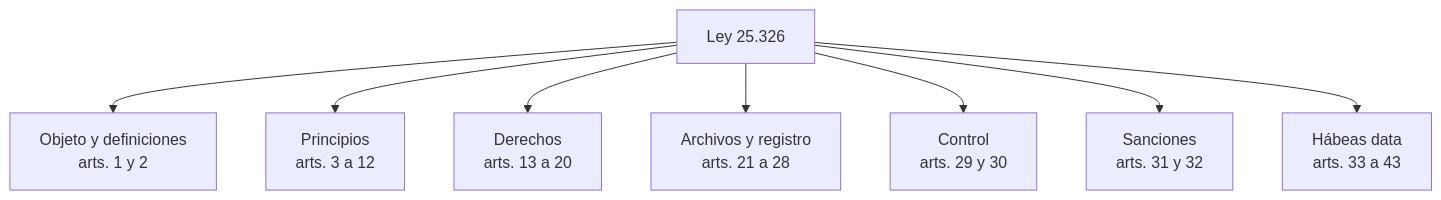
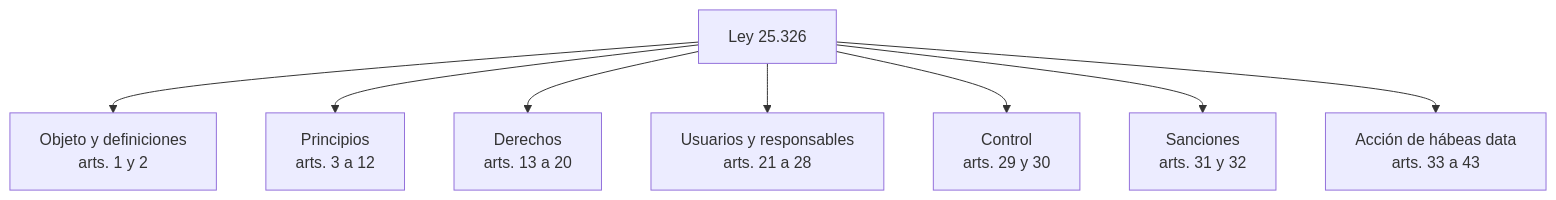
One commit to unlam-informatica/unlam-informatica.github.io changed the first of 2 diagrams in src/content/docs/bbdd-aplicadas/unidad-6/teoria/ley-25326.md. Above: the diagram before and after it, drawn with Mermaid. The commit also changed other lines of this file and 100 other files, not shown here.

````diff
--- a/src/content/docs/bbdd-aplicadas/unidad-6/teoria/ley-25326.md
+++ b/src/content/docs/bbdd-aplicadas/unidad-6/teoria/ley-25326.md
@@ -13,11 +20,11 @@
 ```mermaid
 flowchart TB
     L[Ley 25.326]
     L --> O[Objeto y definiciones<br/>arts. 1 y 2]
     L --> P[Principios<br/>arts. 3 a 12]
     L --> D[Derechos<br/>arts. 13 a 20]
-    L --> R[Archivos y registro<br/>arts. 21 a 28]
+    L --> U[Usuarios y responsables<br/>arts. 21 a 28]
     L --> C[Control<br/>arts. 29 y 30]
     L --> S[Sanciones<br/>arts. 31 y 32]
-    L --> H[Hábeas data<br/>arts. 33 a 43]
+    L --> H[Acción de hábeas data<br/>arts. 33 a 43]
 ```
````
